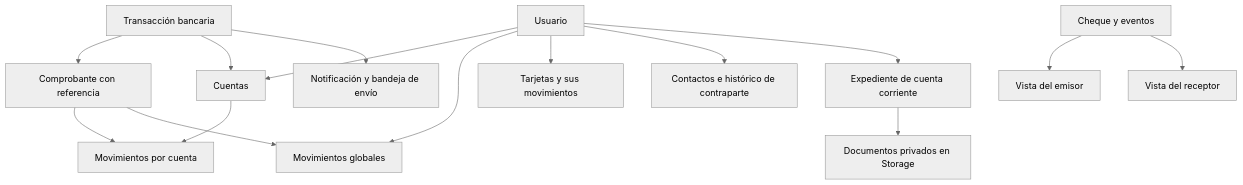
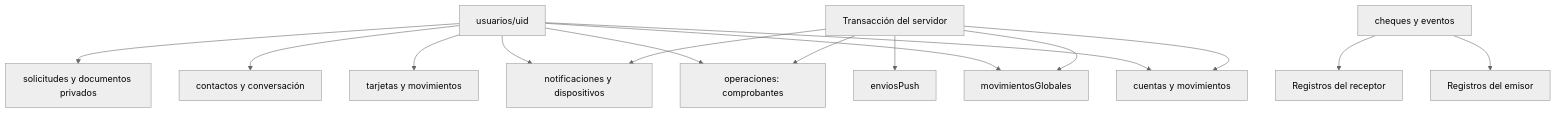
One commit to CodeArtNexus/financebro-flutter changed the third of 3 diagrams in documentacion/arquitectura.md. Above: the diagram before and after it, drawn with Mermaid (neutral theme). The commit also changed other lines of this file and 10 other files, not shown here.

````diff
--- a/documentacion/arquitectura.md
+++ b/documentacion/arquitectura.md
@@ -85,17 +76,17 @@
 ```mermaid
 flowchart TD
-  U[Usuario] --> C[Cuentas]
-  C --> MC[Movimientos por cuenta]
-  U --> MG[Movimientos globales]
-  U --> T[Tarjetas y sus movimientos]
-  U --> CO[Contactos e histórico de contraparte]
-  R[Comprobante con referencia] --> MC
-  R --> MG
-  B[Transacción bancaria] --> R
-  B --> C
-  B --> N[Notificación y bandeja de envío]
-  U --> E[Expediente de cuenta corriente]
-  E --> S[Documentos privados en Storage]
-  CH[Cheque y eventos] --> EM[Vista del emisor]
-  CH --> RE[Vista del receptor]
+  U[usuarios/uid] --> C[cuentas y movimientos]
+  U --> G[movimientosGlobales]
+  U --> T[tarjetas y movimientos]
+  U --> CO[contactos y conversación]
+  U --> R[operaciones: comprobantes]
+  U --> N[notificaciones y dispositivos]
+  U --> E[solicitudes y documentos privados]
+  B[Transacción del servidor] --> C
+  B --> G
+  B --> R
+  B --> N
+  B --> P[enviosPush]
+  CH[cheques y eventos] --> EM[Registros del emisor]
+  CH --> RE[Registros del receptor]
 ```
````
